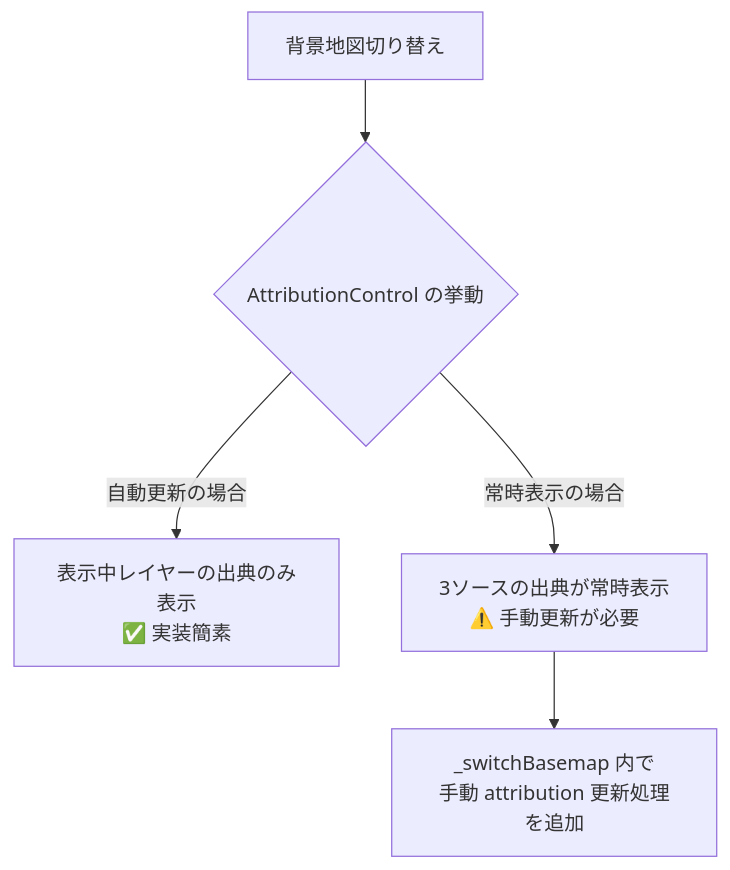
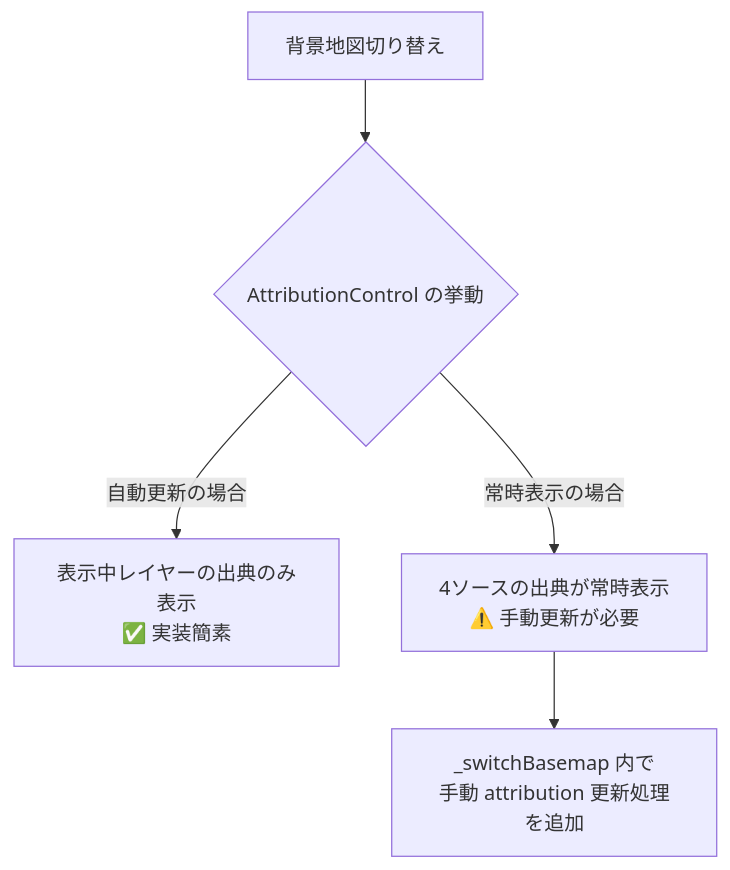
Before and after one commit to miyato1122/location-tech-sample-v1: the sixth of 6 diagrams in 03_advanced_with_tsumiki/docs/design/basemap-switcher/dataflow.md, drawn with Mermaid. The commit also changed other lines of this file and 9 other files, not shown here.

First line of the commit message:
feat(basemap-switcher): 背景地図パネルを縦並びにし、国土地理院白地図を追加する

````diff
--- a/03_advanced_with_tsumiki/docs/design/basemap-switcher/dataflow.md
+++ b/03_advanced_with_tsumiki/docs/design/basemap-switcher/dataflow.md
@@ -125,7 +128,7 @@
 ```mermaid
 flowchart TD
     A[背景地図切り替え] --> B{AttributionControl の挙動}
     B -->|自動更新の場合| C[表示中レイヤーの出典のみ表示\n✅ 実装簡素]
-    B -->|常時表示の場合| D[3ソースの出典が常時表示\n⚠️ 手動更新が必要]
+    B -->|常時表示の場合| D[4ソースの出典が常時表示\n⚠️ 手動更新が必要]
     D --> E[_switchBasemap 内で\n手動 attribution 更新処理を追加]
 ```
````
